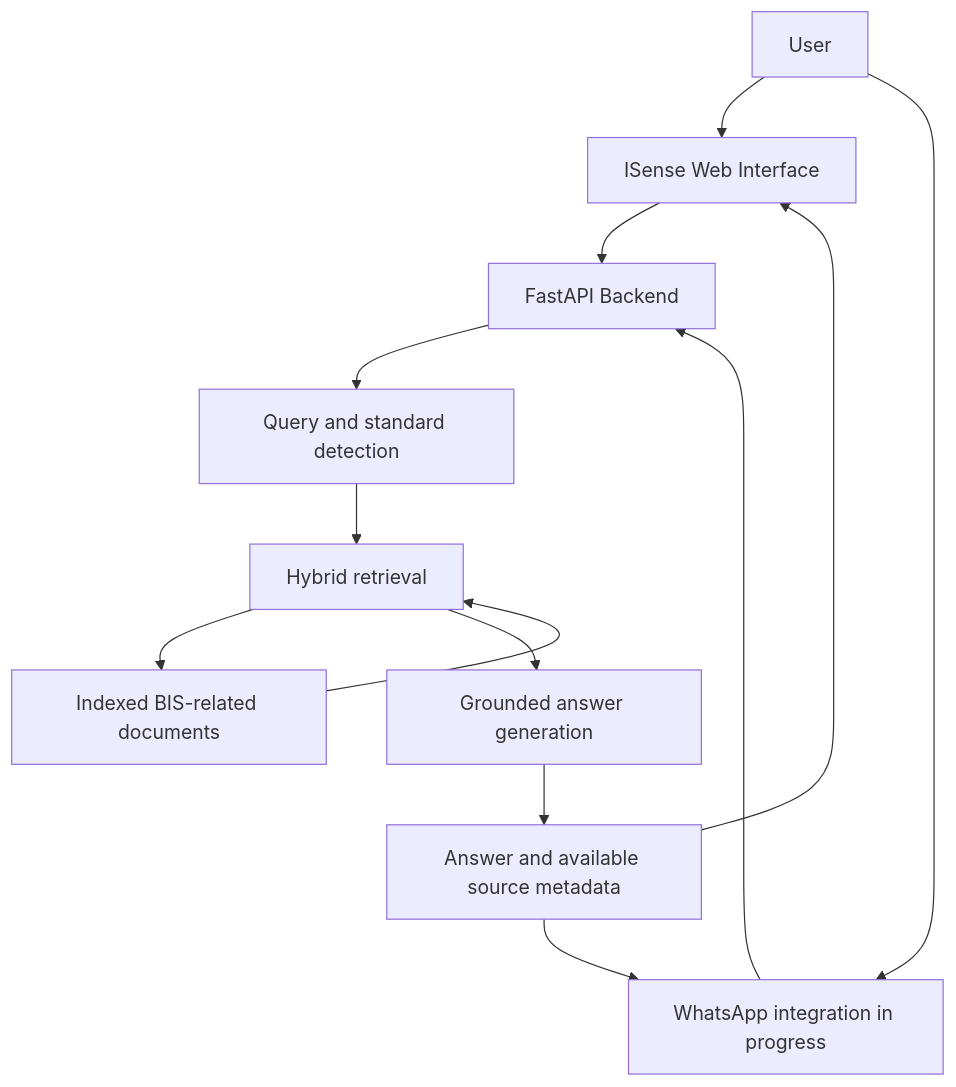
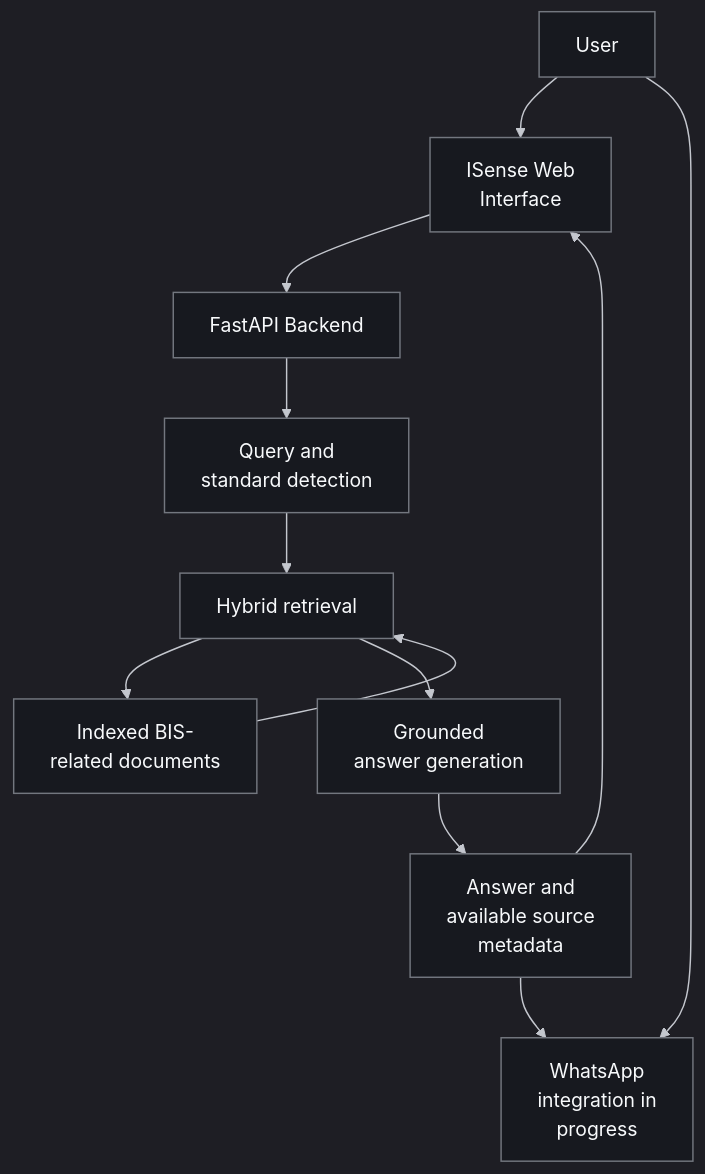
The diagram in README.md (Akashmathiyalagan/ISense), drawn with Mermaid before and after one commit.

Commit message:
Match architecture diagram to dark reference style

```diff
--- a/README.md
+++ b/README.md
@@ -55,15 +55,22 @@
 ~~~mermaid
+%%{init: {"theme":"dark","themeVariables":{"background":"#0d1117","primaryColor":"#17191f","primaryTextColor":"#f8fafc","primaryBorderColor":"#73777f","lineColor":"#c4c7ce","secondaryColor":"#17191f","tertiaryColor":"#17191f","fontFamily":"Arial"}}}%%
 flowchart TD
-    U[User] --> UI[ISense Web Interface]
-    U --> WA[WhatsApp integration in progress]
+    U[User] --> UI[ISense Web<br/>Interface]
+    U --> WA[WhatsApp<br/>integration in<br/>progress]
+
     UI --> API[FastAPI Backend]
-    WA --> API
-    API --> Q[Query and standard detection]
+    API --> Q[Query and<br/>standard detection]
     Q --> R[Hybrid retrieval]
-    R --> KB[Indexed BIS-related documents]
+
+    R --> KB[Indexed BIS-<br/>related documents]
     KB --> R
-    R --> G[Grounded answer generation]
-    G --> C[Answer and available source metadata]
+    R --> G[Grounded<br/>answer generation]
+    G --> C[Answer and<br/>available source<br/>metadata]
+
     C --> UI
     C --> WA
+
+    linkStyle default stroke:#c4c7ce,stroke-width:1.2px
+    classDef node fill:#17191f,stroke:#73777f,color:#f8fafc,stroke-width:1.2px
+    class U,UI,WA,API,Q,R,KB,G,C node
 ~~~
```
